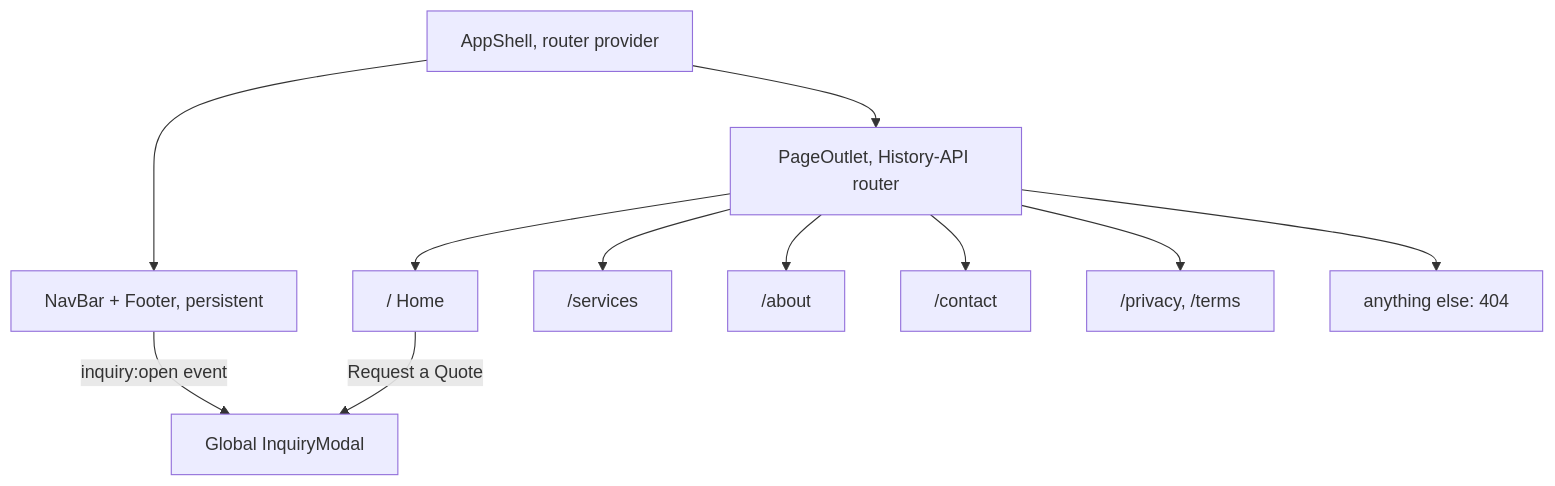
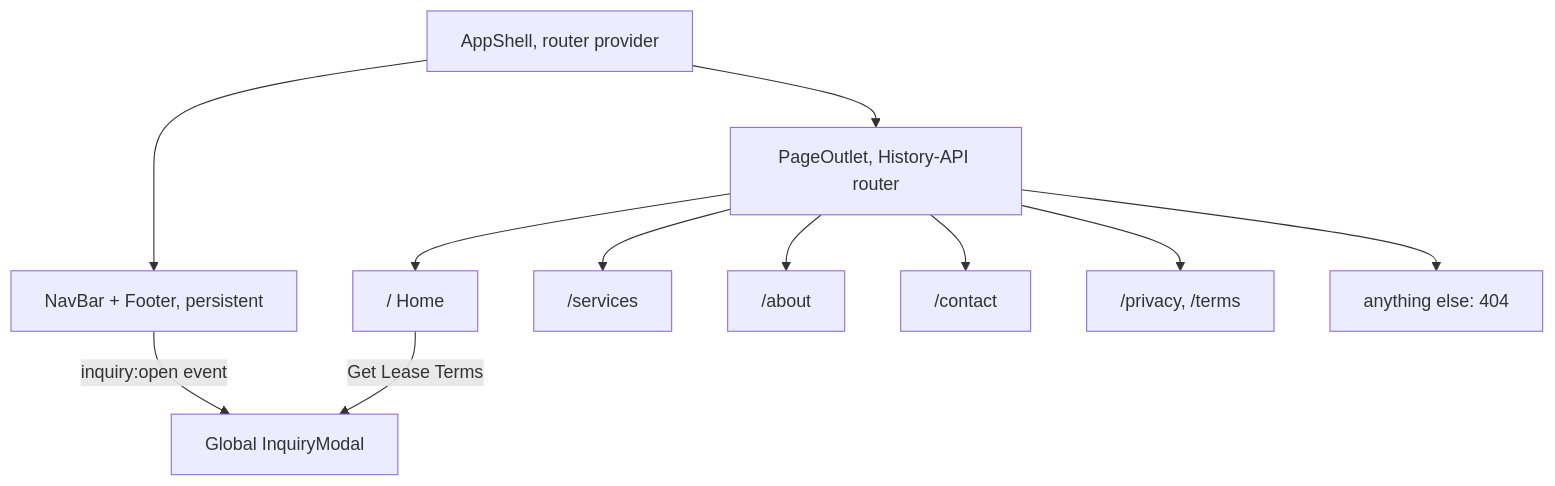
Before and after one commit to TaylorURL/dickinsonbayoufleeting-com: the diagram in README.md, drawn with Mermaid. The commit also changed other lines of this file and 3 other files, not shown here.

````diff
--- a/README.md
+++ b/README.md
@@ -87,13 +91,13 @@
 ```mermaid
 flowchart TD
     Shell["AppShell, router provider"] --> Chrome["NavBar + Footer, persistent"]
     Shell --> Outlet["PageOutlet, History-API router"]
     Outlet --> Home["/ Home"]
     Outlet --> Services["/services"]
     Outlet --> About["/about"]
     Outlet --> Contact["/contact"]
     Outlet --> Legal["/privacy, /terms"]
     Outlet --> Missing["anything else: 404"]
     Chrome -->|"inquiry:open event"| Modal["Global InquiryModal"]
-    Home -->|"Request a Quote"| Modal
+    Home -->|"Get Lease Terms"| Modal
 ```
````
